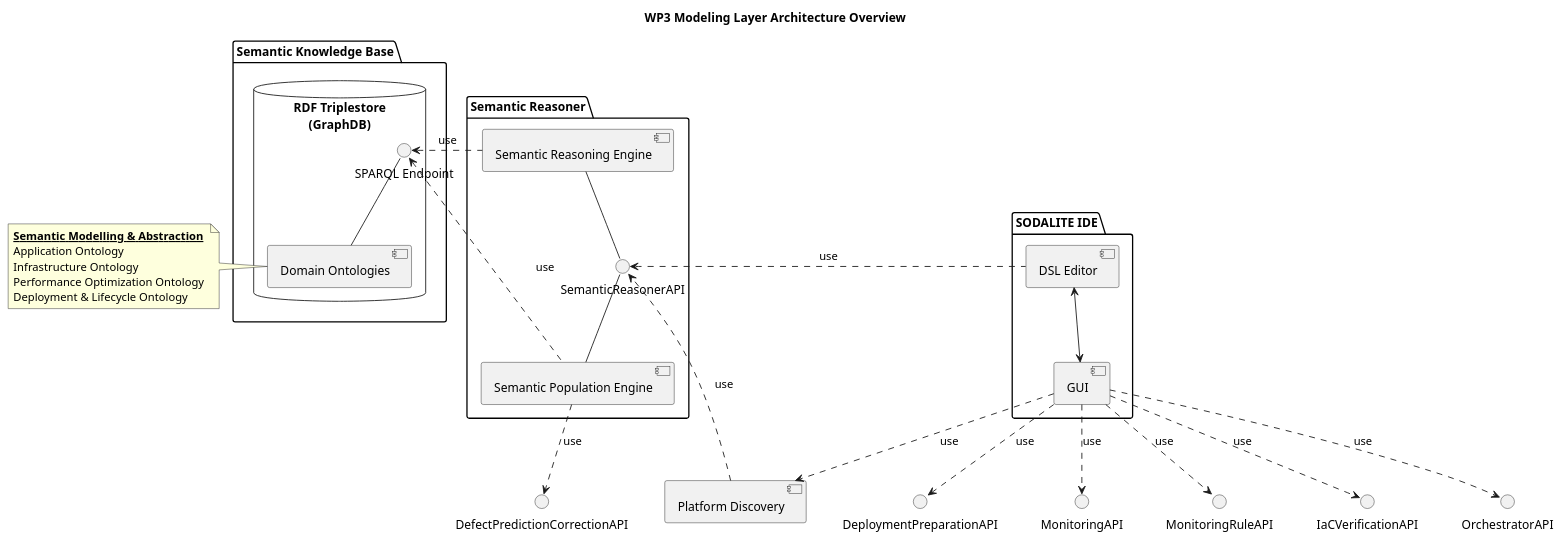
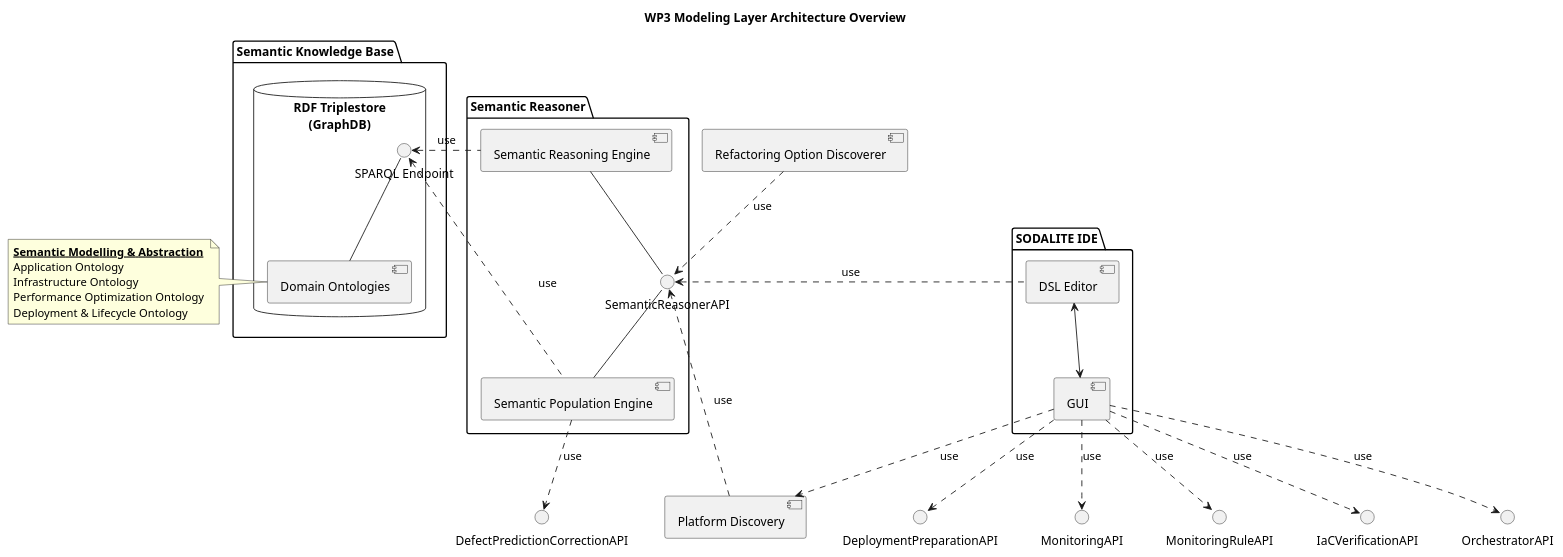
The diagram in uml/component-diagrams/CD-WP3-ArchitectureOverview.puml (SODALITE-EU/project-wide-documentation), drawn with PlantUML before and after one commit.

Commit message:
adding refactorer

```diff
--- a/uml/component-diagrams/CD-WP3-ArchitectureOverview.puml
+++ b/uml/component-diagrams/CD-WP3-ArchitectureOverview.puml
@@ -1,56 +1,58 @@
 @startuml
 
 title WP3 Modeling Layer Architecture Overview
 
 interface "DeploymentPreparationAPI" as deploymentPreparationAPI
 interface "DefectPredictionCorrectionAPI" as correctionAPI
 interface "MonitoringAPI" as monitoringAPI
 interface "MonitoringRuleAPI" as monitoringRuleAPI
 interface "IaCVerificationAPI" as iacverificationAPI
 interface "OrchestratorAPI" as orchestratorAPI
 
+component "Refactoring Option Discoverer" as ROD 
 component "Platform Discovery" as PDS 
 package "SODALITE IDE" as IDE {
     component [DSL Editor] as ideDSLeditor
     component [GUI] as ideGUI
 }
 
 package "Semantic Reasoner" as res {
     interface "SemanticReasonerAPI" as resAPI
     component [Semantic Population Engine] as resPopulationEngine
     component [Semantic Reasoning Engine] as resReasoningEngine
 }
 
 package "Semantic Knowledge Base" as repo {
     database "RDF Triplestore\n(GraphDB)" as triplestore {
         interface "SPARQL Endpoint" as repoEndpoint
         component [Domain Ontologies] as repoOntologies
     }
 }
 
 note left of repoOntologies
    __**Semantic Modelling & Abstraction**__ 
    Application Ontology
    Infrastructure Ontology
    Performance Optimization Ontology
    Deployment & Lifecycle Ontology
 end note
 
 ideGUI ..> PDS : use
 PDS ..> resAPI : use
+ROD ..> resAPI : use
 resAPI -down- resPopulationEngine
 resAPI -up- resReasoningEngine
 ideDSLeditor .left.> resAPI: use
 ideDSLeditor <-down-> ideGUI
 repoOntologies -up- repoEndpoint
 resPopulationEngine .left.> repoEndpoint: use
 resReasoningEngine .left.> repoEndpoint: use
 resPopulationEngine ..> correctionAPI: use
 ideGUI ..> deploymentPreparationAPI : use
 ideGUI ..> monitoringAPI : use
 ideGUI ..> monitoringRuleAPI : use
 ideGUI ..> iacverificationAPI : use
 ideGUI ..> orchestratorAPI : use
 
 
 @enduml
```
